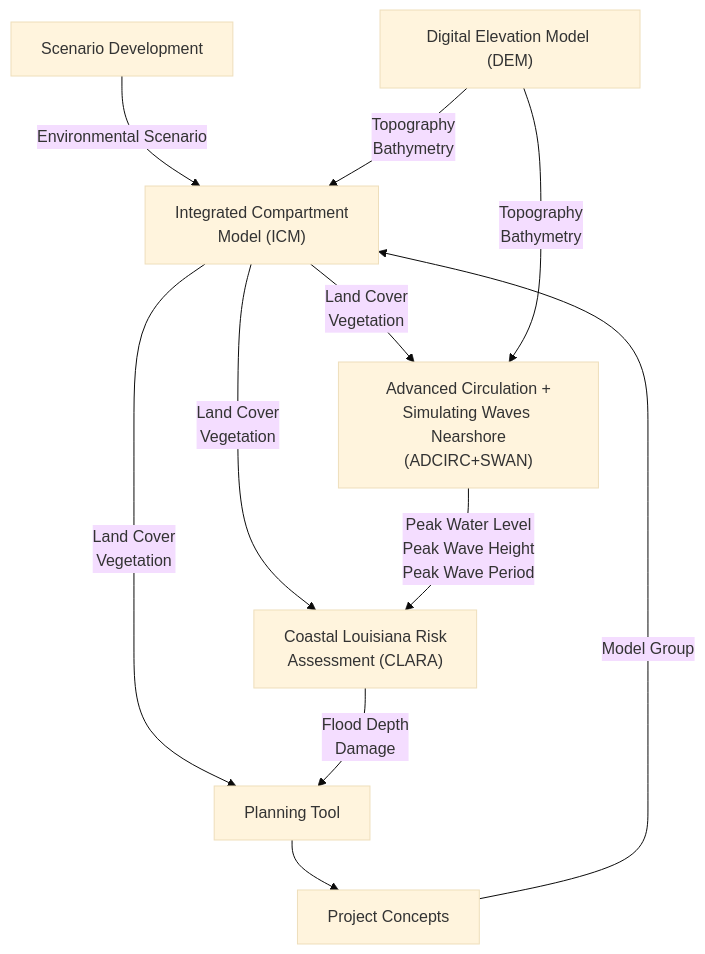
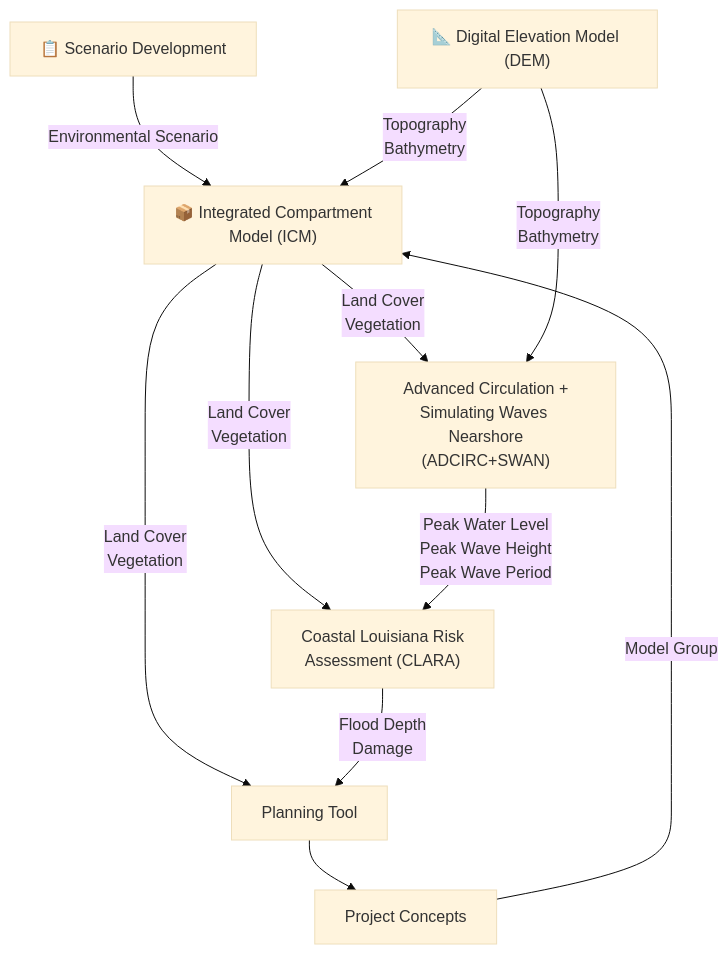
One commit to pscedu/cpra-documentation changed the first of 9 diagrams in README.md. Above: the diagram before and after it, drawn with Mermaid (base theme). The commit also changed other lines of this file, not shown here.

Commit message:
feat: add icons to model inputs and outputs

````diff
--- a/README.md
+++ b/README.md
@@ -5,14 +5,14 @@
 ```mermaid
 flowchart TD
-    Scenarios[Scenario Development] -->|Environmental Scenario| ICM["Integrated Compartment \nModel (ICM)"]
+    Scenarios[📋 Scenario Development] -->|Environmental Scenario| ICM["📦 Integrated Compartment \nModel (ICM)"]
     Projects[Project Concepts] -->|Model Group| ICM
     PT[Planning Tool] --> Projects
-    DEM["Digital Elevation Model (DEM)"] -->|Topography\nBathymetry| ICM
+    DEM["📐 Digital Elevation Model (DEM)"] -->|Topography\nBathymetry| ICM
     ICM -->|Land Cover\nVegetation| ADCIRC_SWAN["Advanced Circulation +\nSimulating Waves Nearshore\n(ADCIRC+SWAN)"]
     DEM -->|Topography\nBathymetry| ADCIRC_SWAN
     ICM -->|Land Cover\nVegetation| CLARA["Coastal Louisiana Risk\nAssessment (CLARA)"]
     ADCIRC_SWAN -->|Peak Water Level\nPeak Wave Height\nPeak Wave Period| CLARA
     ICM -->|Land Cover\nVegetation| PT
     CLARA -->|Flood Depth\nDamage| PT
     click Scenarios "#scenario-development"
 ```
````
